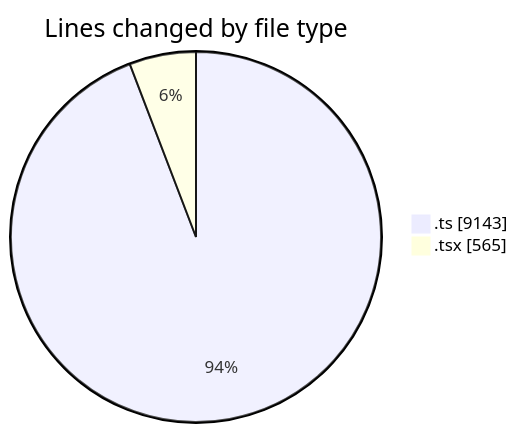
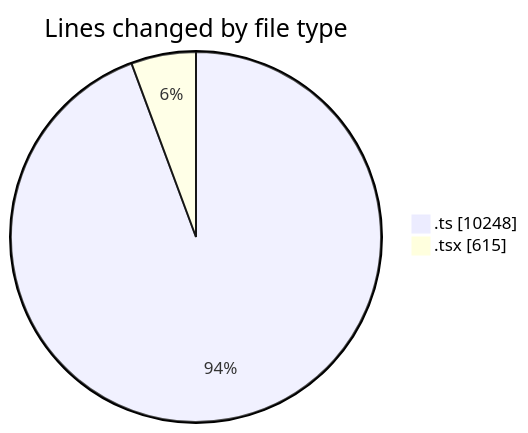
Before and after one commit to momahboobian/code-tracking: the first of 2 diagrams in 2025-06-23/cda/README.md, drawn with Mermaid. The commit also changed other lines of this file and 1 other file, not shown here.

````diff
--- a/2025-06-23/cda/README.md
+++ b/2025-06-23/cda/README.md
@@ -22,6 +24,6 @@
 ```mermaid
 pie showData
 title Lines changed by file type
-".ts" : 9143
-".tsx" : 565
+".ts" : 10248
+".tsx" : 615
 ```
````
